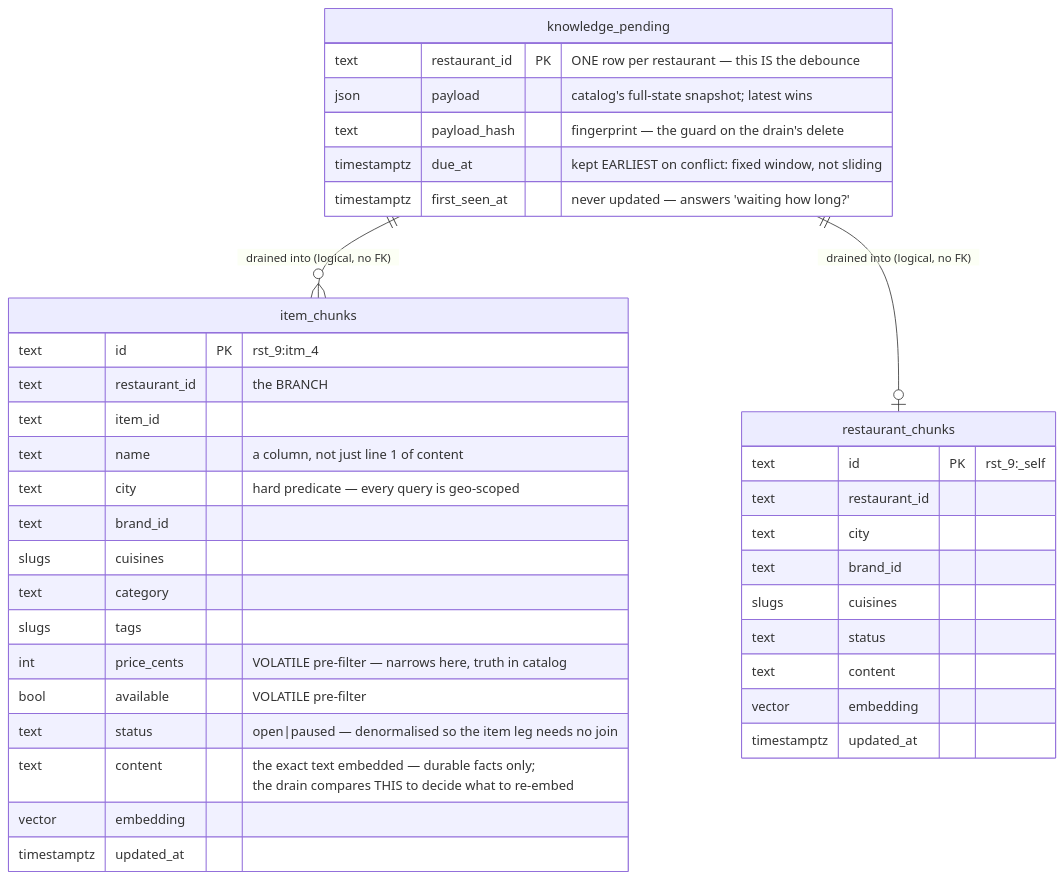
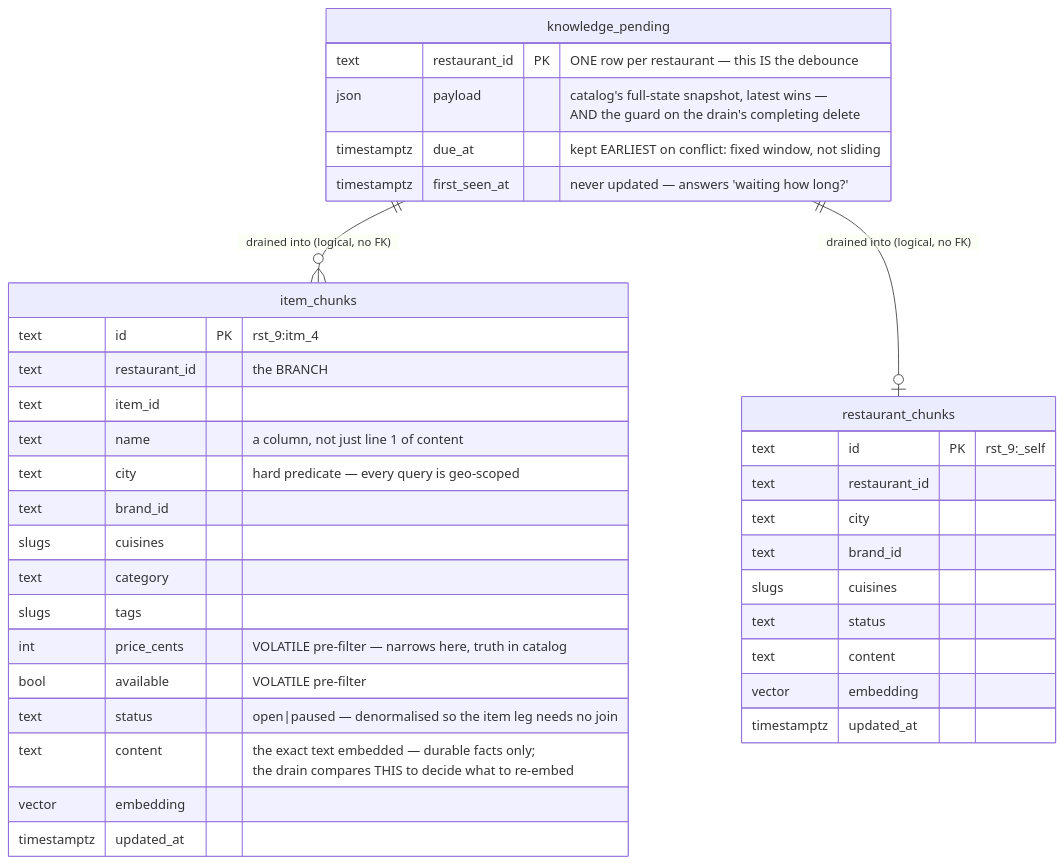
Before and after one commit to Aizazahmed-7/SmartFoodOps: the seventh of 8 diagrams in docs/erd.md, drawn with Mermaid. The commit also changed 8 other files, not shown here.

Commit message:
remove payload_hash

````diff
--- a/docs/erd.md
+++ b/docs/erd.md
@@ -558,40 +558,39 @@
 ```mermaid
 erDiagram
     knowledge_pending {
         text restaurant_id PK "ONE row per restaurant — this IS the debounce"
-        json payload "catalog's full-state snapshot; latest wins"
-        text payload_hash "fingerprint — the guard on the drain's delete"
+        json payload "catalog's full-state snapshot, latest wins —<br>AND the guard on the drain's completing delete"
         timestamptz due_at "kept EARLIEST on conflict: fixed window, not sliding"
         timestamptz first_seen_at "never updated — answers 'waiting how long?'"
     }
     item_chunks {
         text id PK "rst_9:itm_4"
         text restaurant_id "the BRANCH"
         text item_id
         text name "a column, not just line 1 of content"
         text city "hard predicate — every query is geo-scoped"
         text brand_id
         slugs cuisines
         text category
         slugs tags
         int price_cents "VOLATILE pre-filter — narrows here, truth in catalog"
         bool available "VOLATILE pre-filter"
         text status "open|paused — denormalised so the item leg needs no join"
         text content "the exact text embedded — durable facts only;<br>the drain compares THIS to decide what to re-embed"
         vector embedding
         timestamptz updated_at
     }
     restaurant_chunks {
         text id PK "rst_9:_self"
         text restaurant_id
         text city
         text brand_id
         slugs cuisines
         text status
         text content
         vector embedding
         timestamptz updated_at
     }
     knowledge_pending ||--o{ item_chunks : "drained into (logical, no FK)"
     knowledge_pending ||--o| restaurant_chunks : "drained into (logical, no FK)"
 ```
````
